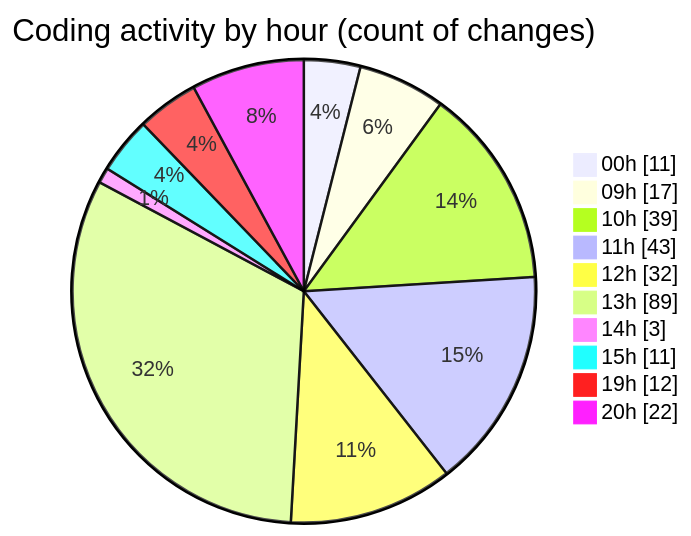
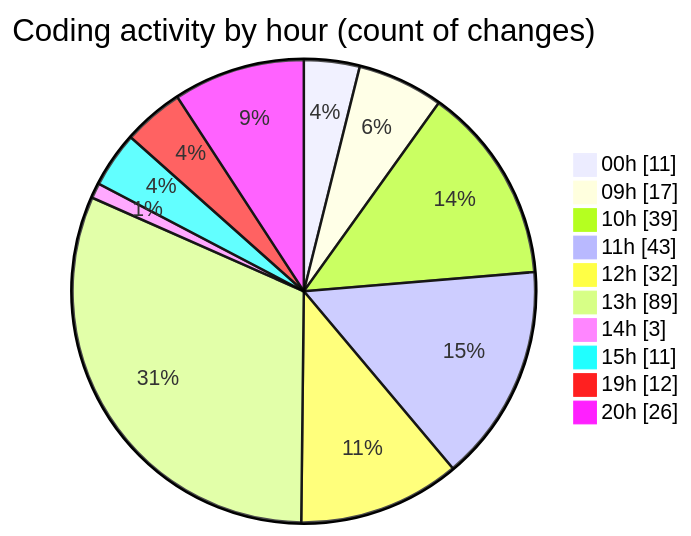
The second of 2 diagrams in 2026-09-02/cda/README.md (momahboobian/code-tracking), drawn with Mermaid before and after one commit. The commit also changed other lines of this file and 1 other file, not shown here.

````diff
--- a/2026-09-02/cda/README.md
+++ b/2026-09-02/cda/README.md
@@ -91,14 +91,14 @@
 ```mermaid
 pie showData
 title Coding activity by hour (count of changes)
 "00h" : 11
 "09h" : 17
 "10h" : 39
 "11h" : 43
 "12h" : 32
 "13h" : 89
 "14h" : 3
 "15h" : 11
 "19h" : 12
-"20h" : 22
+"20h" : 26
 ```
````
